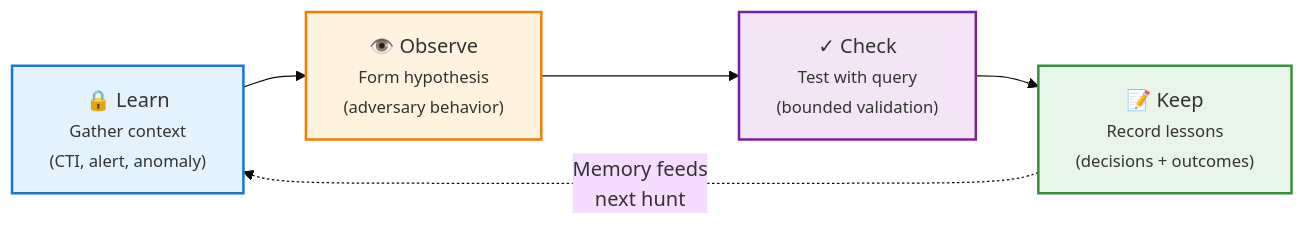
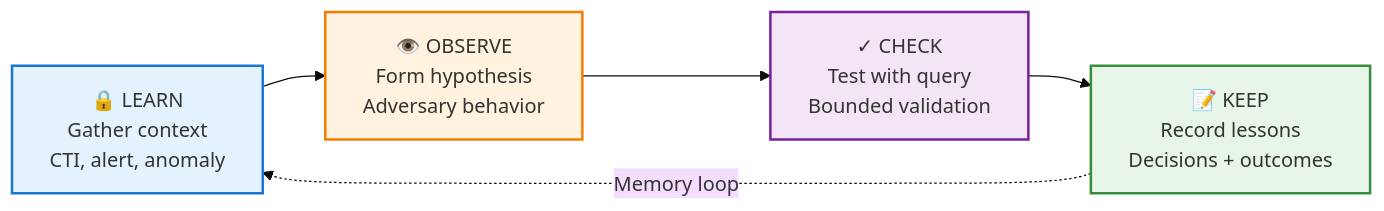
One commit to Nebulock-Inc/agentic-threat-hunting-framework changed the first of 2 diagrams in README.md. Above: the diagram before and after it, drawn with Mermaid (base theme). The commit also changed other lines of this file, not shown here.

Commit message:
Simplified both Mermaid diagrams to fix the text cutoff issue.

````diff
--- a/README.md
+++ b/README.md
@@ -77,17 +77,17 @@
 ```mermaid
 graph LR
-    L["🔒 Learn<br/><small>Gather context<br/>(CTI, alert, anomaly)</small>"]
-    O["👁️ Observe<br/><small>Form hypothesis<br/>(adversary behavior)</small>"]
-    C["✓ Check<br/><small>Test with query<br/>(bounded validation)</small>"]
-    K["📝 Keep<br/><small>Record lessons<br/>(decisions + outcomes)</small>"]
+    L["🔒 LEARN<br/>Gather context<br/>CTI, alert, anomaly"]
+    O["👁️ OBSERVE<br/>Form hypothesis<br/>Adversary behavior"]
+    C["✓ CHECK<br/>Test with query<br/>Bounded validation"]
+    K["📝 KEEP<br/>Record lessons<br/>Decisions + outcomes"]
 
     L --> O
     O --> C
     C --> K
-    K -.Memory feeds<br/>next hunt.-> L
+    K -.Memory loop.-> L
 
     style L fill:#e3f2fd,stroke:#1976d2,stroke-width:2px
     style O fill:#fff3e0,stroke:#f57c00,stroke-width:2px
     style C fill:#f3e5f5,stroke:#7b1fa2,stroke-width:2px
     style K fill:#e8f5e9,stroke:#388e3c,stroke-width:2px
 ```
````
